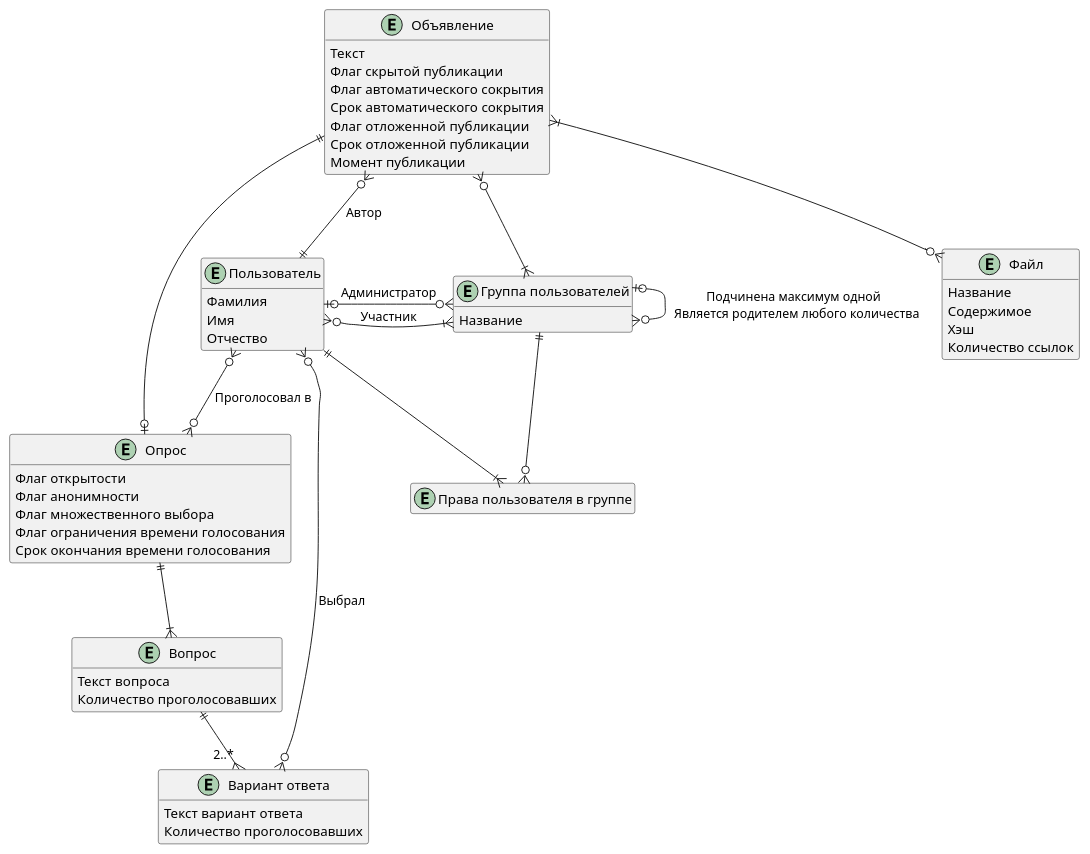
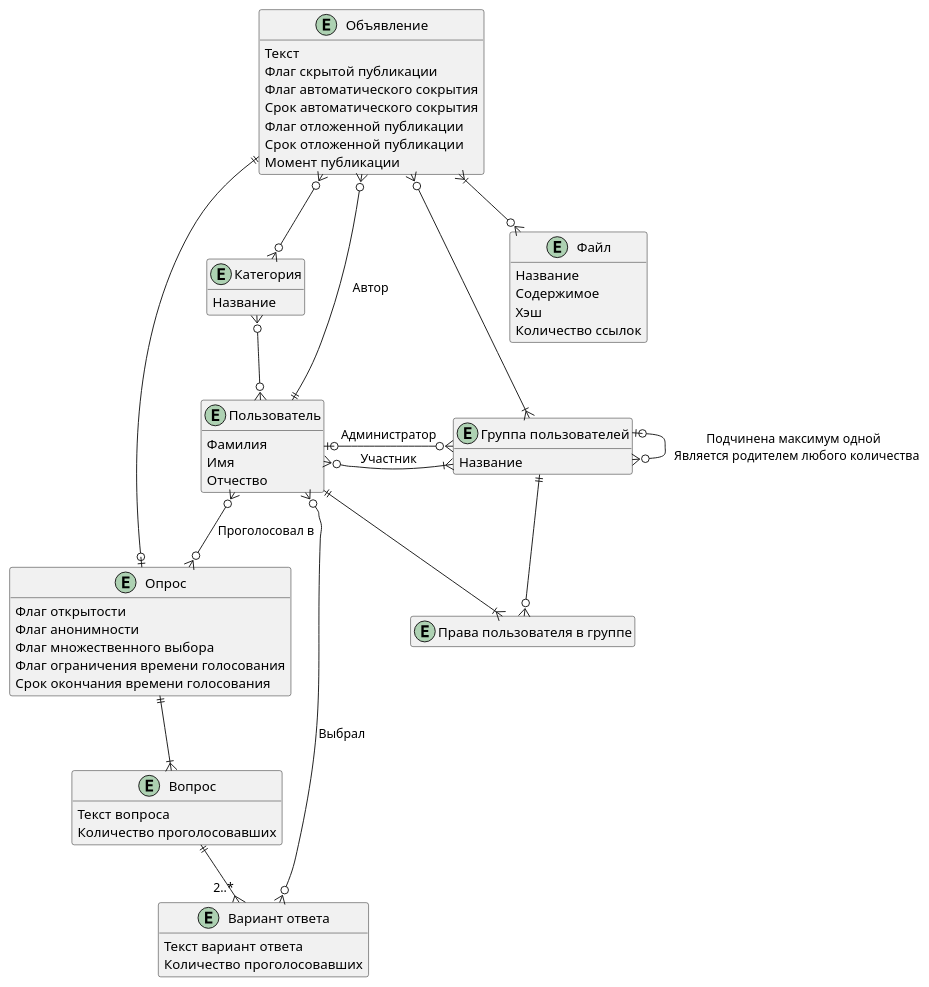
One commit to astu-app/ASTU-Bulletin-Board-Server changed the diagram in doc/Диаграммы/er.puml. Above: the diagram before and after it, drawn with PlantUML. The commit also changed 25 other files, not shown here.

```diff
--- a/doc/Диаграммы/er.puml
+++ b/doc/Диаграммы/er.puml
@@ -1,69 +1,75 @@
 @startuml
 'https://plantuml.com/class-diagram
 
 hide methods
 
 entity "Пользователь" as user {
     Фамилия
     Имя
     Отчество
 }
 
 entity "Объявление" as notification { 
     Текст
     Флаг скрытой публикации
     Флаг автоматического сокрытия
     Срок автоматического сокрытия
     Флаг отложенной публикации
     Срок отложенной публикации
     Момент публикации
 }
 notification }o--|| user : Автор
+
+entity "Категория" as category {
+    Название
+}
+notification }o--o{ category
+user }o-up-o{ category
 
 entity "Файл" as attachedFile { 
     Название
     Содержимое
     Хэш
     Количество ссылок
 }
 notification }|--o{ attachedFile
 
 entity "Опрос" as survey {
     Флаг открытости
     Флаг анонимности
     Флаг множественного выбора
     Флаг ограничения времени голосования
     Срок окончания времени голосования
 }
 notification ||--o| survey
 user }o--o{ survey : Проголосовал в
 
 entity "Вопрос" as question {
     Текст вопроса
     Количество проголосовавших
 }
 survey ||--|{ question
 
 entity "Вариант ответа" as answer {
     Текст вариант ответа
     Количество проголосовавших
 }
 question ||--{ "2..*" answer
 user }o--o{ answer : Выбрал
 
 entity "Группа пользователей" as userGroup { 
     Название
 }
 notification }o--|{ userGroup
 user }o--|{ userGroup : Участник
 user |o-right-o{ userGroup : Администратор
 userGroup |o--o{ userGroup : Подчинена максимум одной \n Является родителем любого количества
 
 entity "Права пользователя в группе" as userRightsInGroup {}
 hide userRightsInGroup members
 user ||--|{ userRightsInGroup
 userGroup ||--o{ userRightsInGroup
 
 
 
 @enduml
```
